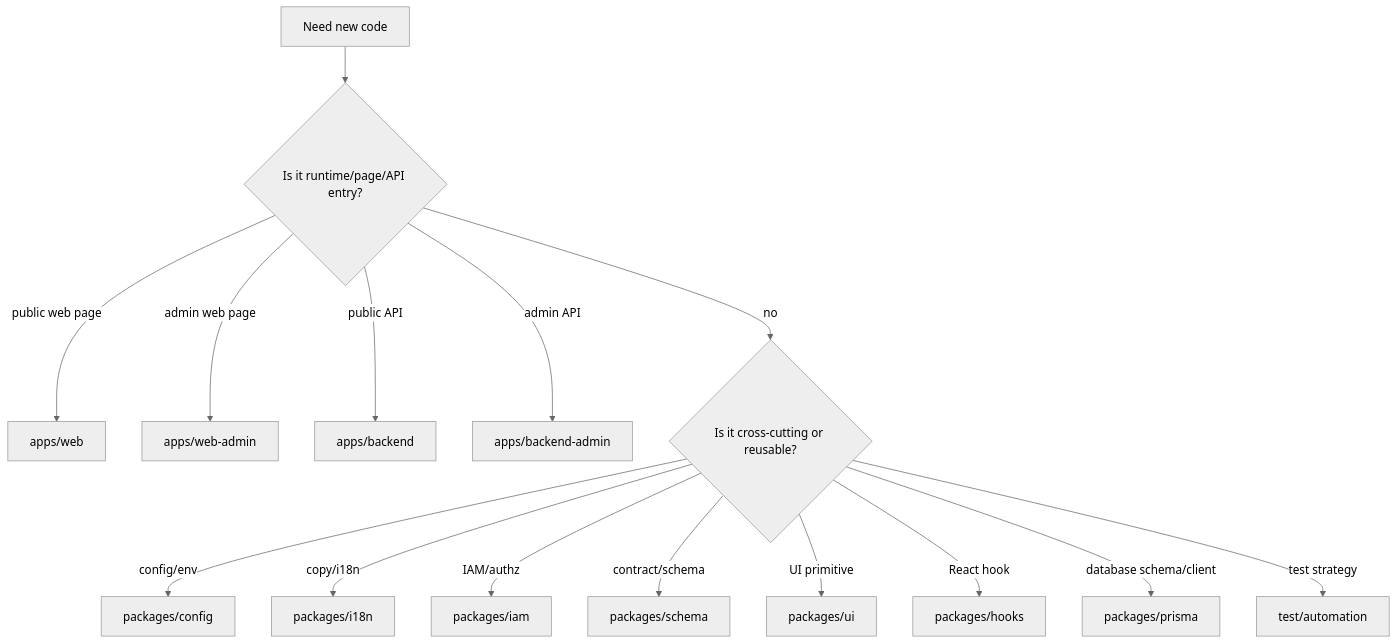
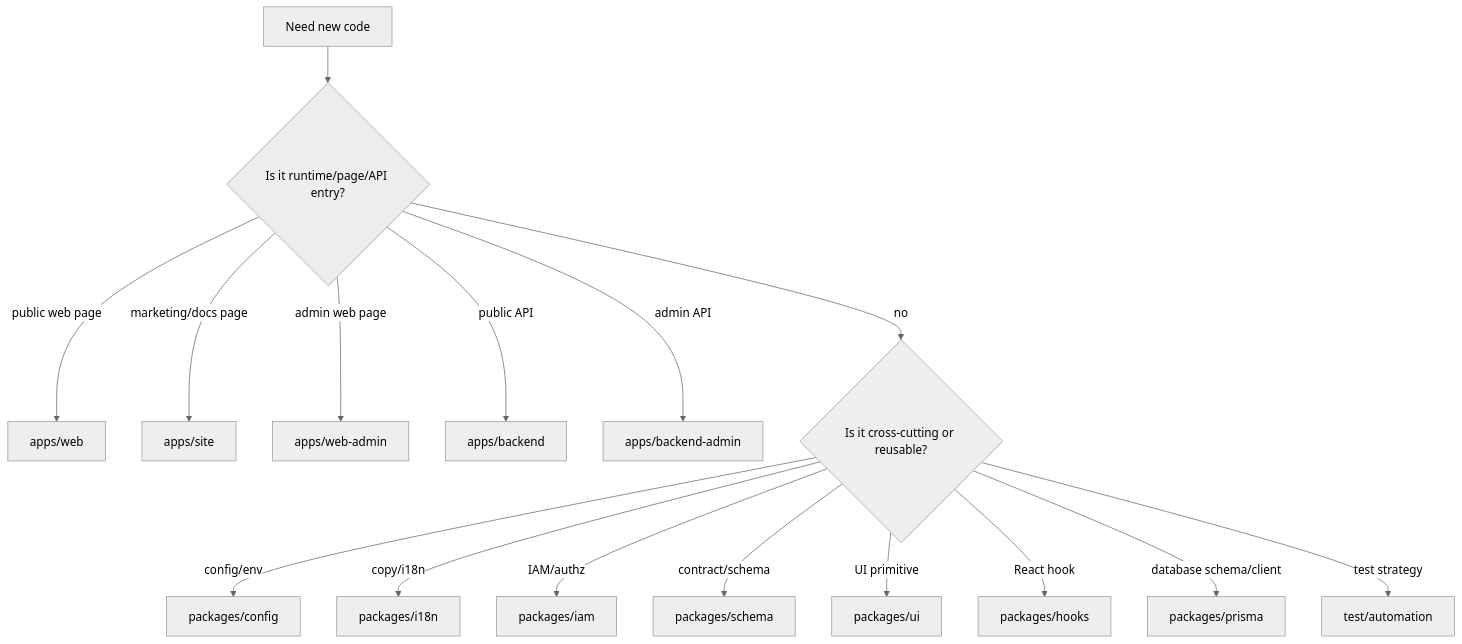
One commit to tetap/tetap-agent-template changed the second of 2 diagrams in docs/Logical Architecture Diagram/01-workspace-boundaries.md. Above: the diagram before and after it, drawn with Mermaid (neutral theme). The commit also changed other lines of this file and 36 other files, not shown here.

````diff
--- a/docs/Logical Architecture Diagram/01-workspace-boundaries.md
+++ b/docs/Logical Architecture Diagram/01-workspace-boundaries.md
@@ -56,17 +59,18 @@
 ```mermaid
 flowchart TD
   A[Need new code] --> B{Is it runtime/page/API entry?}
   B -- public web page --> Web[apps/web]
+  B -- marketing/docs page --> Site[apps/site]
   B -- admin web page --> WebAdmin[apps/web-admin]
   B -- public API --> C[apps/backend]
   B -- admin API --> Admin[apps/backend-admin]
   B -- no --> D{Is it cross-cutting or reusable?}
   D -- config/env --> Config[packages/config]
   D -- copy/i18n --> I18n[packages/i18n]
   D -- IAM/authz --> IAM[packages/iam]
   D -- contract/schema --> Schema[packages/schema]
   D -- UI primitive --> UI[packages/ui]
   D -- React hook --> Hooks[packages/hooks]
   D -- database schema/client --> Prisma[packages/prisma]
   D -- test strategy --> Test[test/automation]
 ```
````
